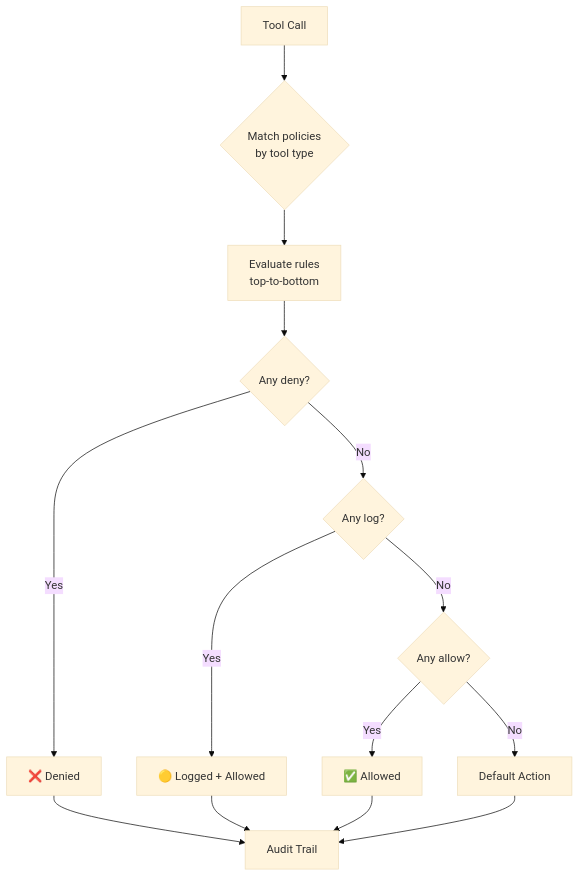
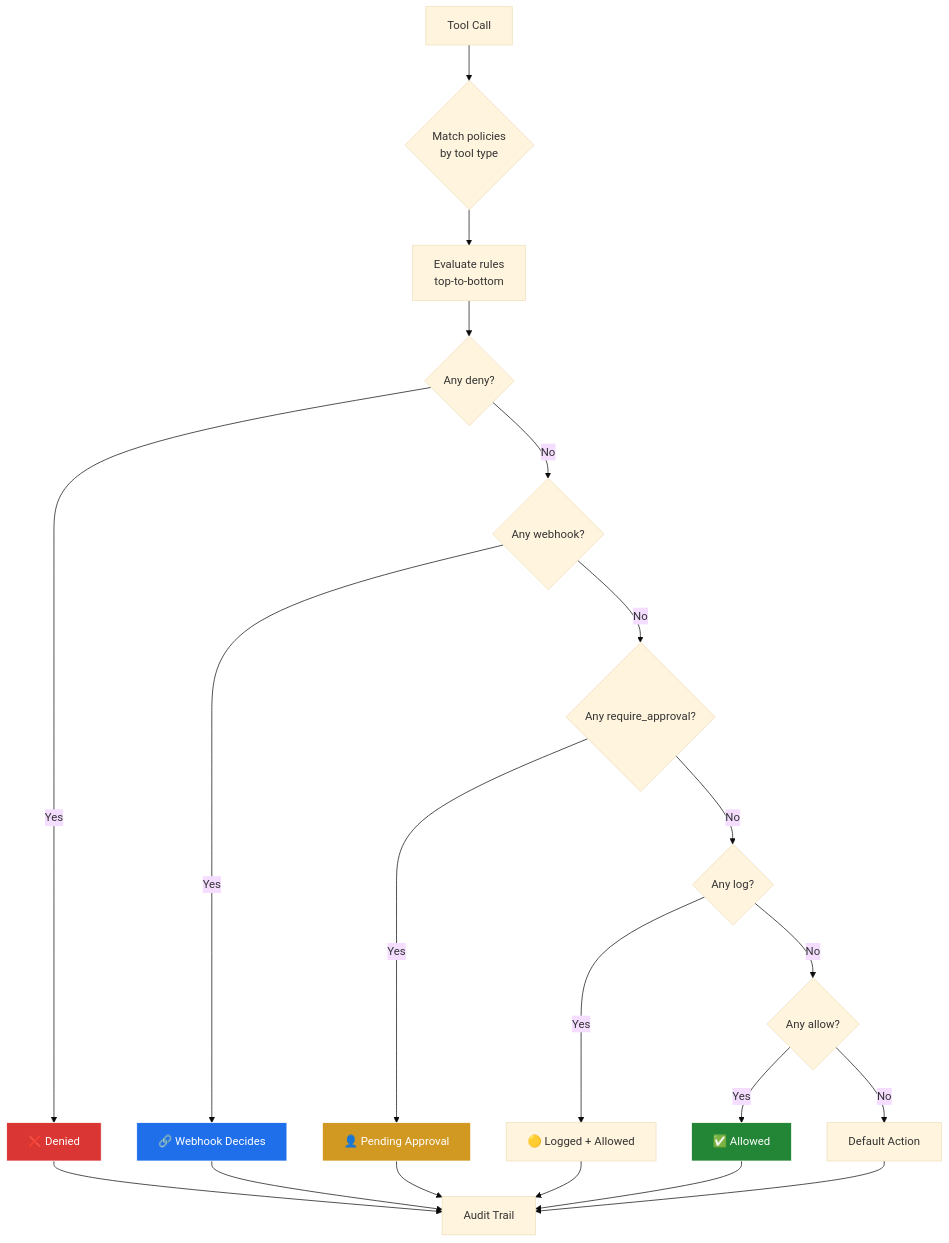
Before and after one commit to peg/rampart: the diagram in docs-site/features/policy-engine.md, drawn with Mermaid (base theme). The commit also changed 23 other files, not shown here.

First line of the commit message:
docs + feat: v0.2.1 — hook ask, diagrams, full doc audit

````diff
--- a/docs-site/features/policy-engine.md
+++ b/docs-site/features/policy-engine.md
@@ -7,16 +7,27 @@
 ```mermaid
 graph TD
     TC[Tool Call] --> M{Match policies<br/>by tool type}
     M --> R[Evaluate rules<br/>top-to-bottom]
     R --> D{Any deny?}
     D -->|Yes| DENY[❌ Denied]
-    D -->|No| L{Any log?}
+    D -->|No| WH{Any webhook?}
+    WH -->|Yes| WEBHOOK[🔗 Webhook Decides]
+    WH -->|No| AP{Any require_approval?}
+    AP -->|Yes| APPROVAL[👤 Pending Approval]
+    AP -->|No| L{Any log?}
     L -->|Yes| LOG[🟡 Logged + Allowed]
     L -->|No| A{Any allow?}
     A -->|Yes| ALLOW[✅ Allowed]
     A -->|No| DEF[Default Action]
     DENY --> AU[Audit Trail]
+    WEBHOOK --> AU
+    APPROVAL --> AU
     LOG --> AU
     ALLOW --> AU
     DEF --> AU
+
+    style DENY fill:#da3633,stroke:#fff,color:#fff
+    style WEBHOOK fill:#1f6feb,stroke:#fff,color:#fff
+    style APPROVAL fill:#d29922,stroke:#fff,color:#fff
+    style ALLOW fill:#238636,stroke:#fff,color:#fff
 ```
````
